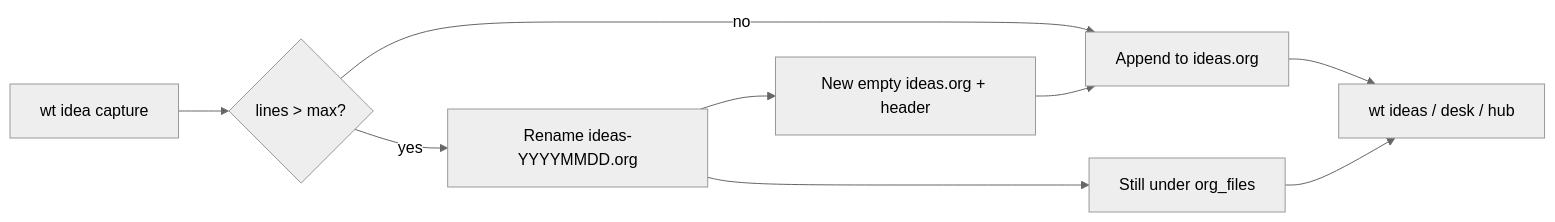
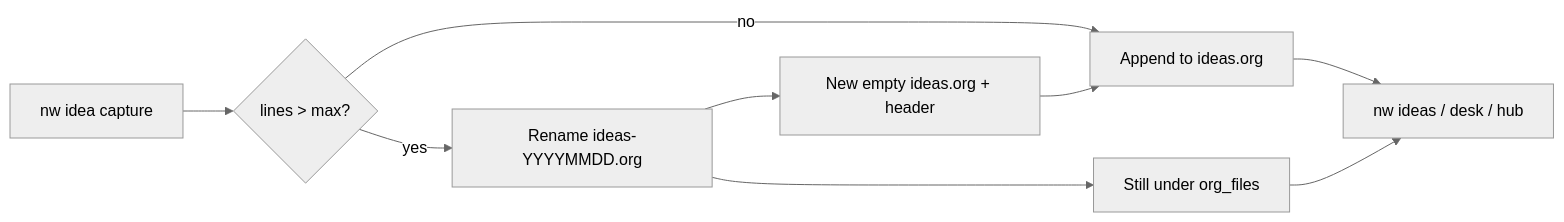
Before and after one commit to brunosmmm/nightwright: the diagram in docs/product/guides/org-storage.md, drawn with Mermaid (neutral theme). The commit also changed other lines of this file and 495 other files, not shown here.

````diff
--- a/docs/product/guides/org-storage.md
+++ b/docs/product/guides/org-storage.md
@@ -159,11 +159,11 @@
 ```mermaid
 flowchart LR
-  Cap[wt idea capture] --> Check{lines > max?}
+  Cap[nw idea capture] --> Check{lines > max?}
   Check -->|no| Append[Append to ideas.org]
   Check -->|yes| Ren[Rename ideas-YYYYMMDD.org]
   Ren --> Fresh[New empty ideas.org + header]
   Fresh --> Append
   Ren --> Still[Still under org_files]
-  Still --> List[wt ideas / desk / hub]
+  Still --> List[nw ideas / desk / hub]
   Append --> List
 ```
````
